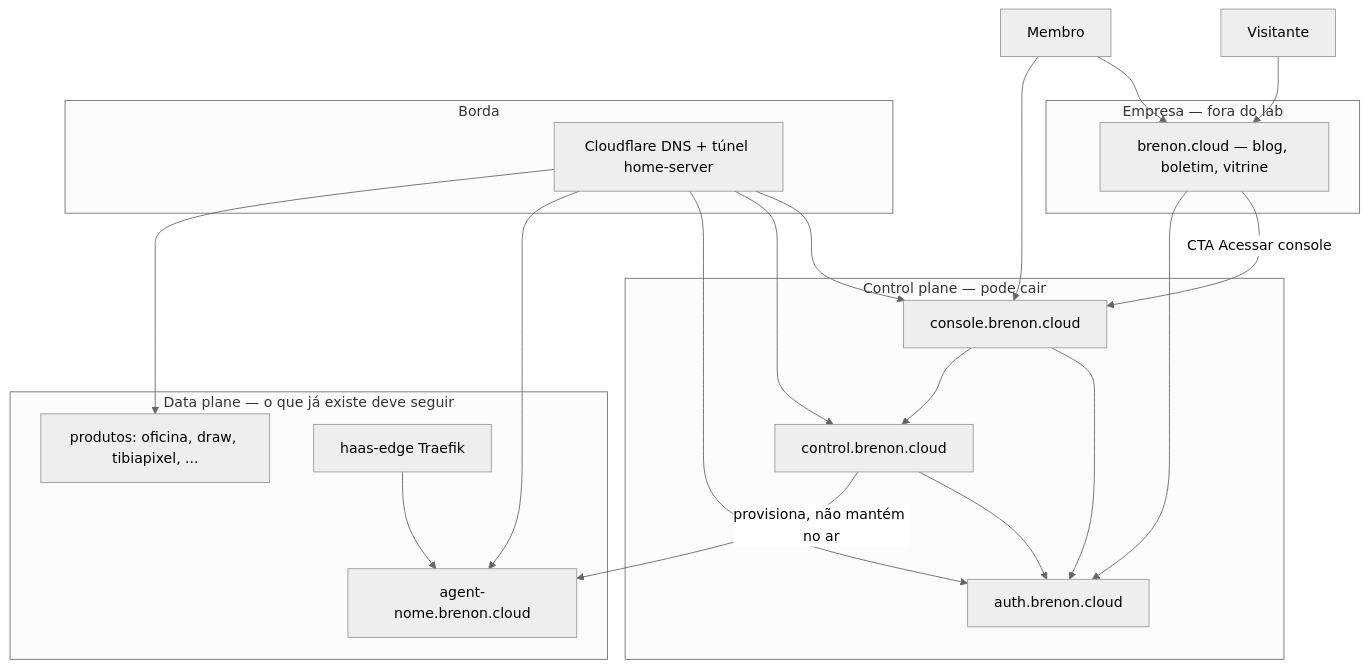
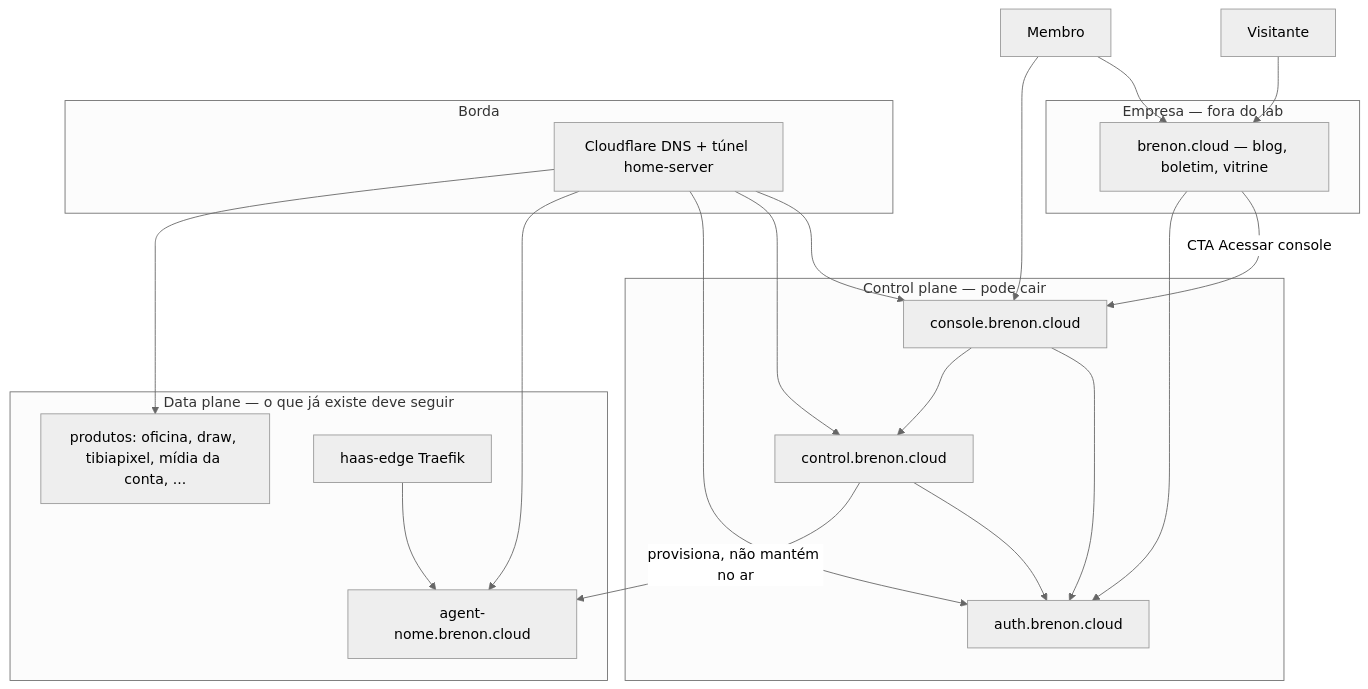
The first of 4 diagrams in ARCHITECTURE.md (brenonaraujo/home.cloud), drawn with Mermaid (neutral theme) before and after one commit. The commit also changed other lines of this file and 4 other files, not shown here.

````diff
--- a/ARCHITECTURE.md
+++ b/ARCHITECTURE.md
@@ -11,38 +11,38 @@
 ```mermaid
 flowchart TB
   subgraph empresa["Empresa — fora do lab"]
     Site["brenon.cloud — blog, boletim, vitrine"]
   end
 
   subgraph borda["Borda"]
     CF["Cloudflare DNS + túnel home-server"]
   end
 
   subgraph control["Control plane — pode cair"]
     Console["console.brenon.cloud"]
     ControlAPI["control.brenon.cloud"]
     IdP["auth.brenon.cloud"]
   end
 
   subgraph data["Data plane — o que já existe deve seguir"]
     Tenants["agent-nome.brenon.cloud"]
-    Products["produtos: oficina, draw, tibiapixel, ..."]
+    Products["produtos: oficina, draw, tibiapixel, mídia da conta, ..."]
     EdgeHaas["haas-edge Traefik"]
   end
 
   Visitante["Visitante"] --> Site
   Membro["Membro"] --> Site
   Membro --> Console
   Site -->|"CTA Acessar console"| Console
   Console --> IdP
   Site --> IdP
   Console --> ControlAPI
   ControlAPI --> IdP
   CF --> Console
   CF --> ControlAPI
   CF --> IdP
   CF --> Tenants
   CF --> Products
   ControlAPI -->|"provisiona, não mantém no ar"| Tenants
   EdgeHaas --> Tenants
 ```
````
